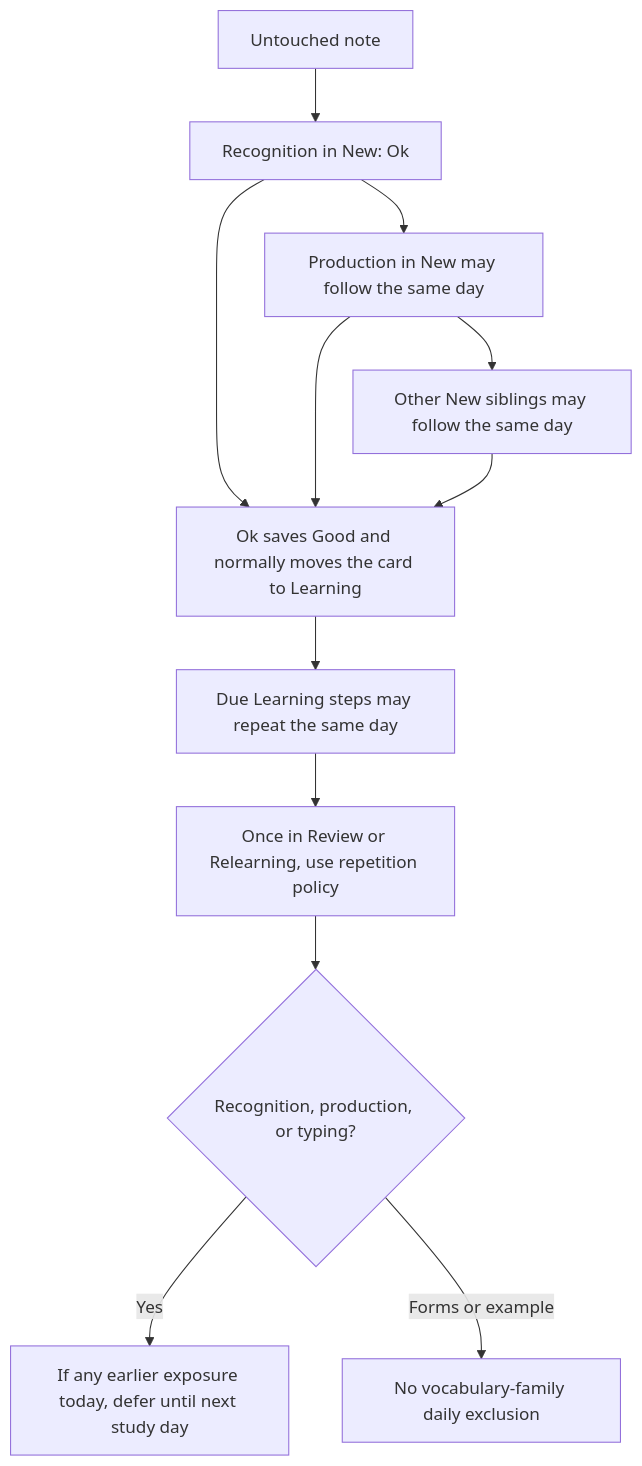
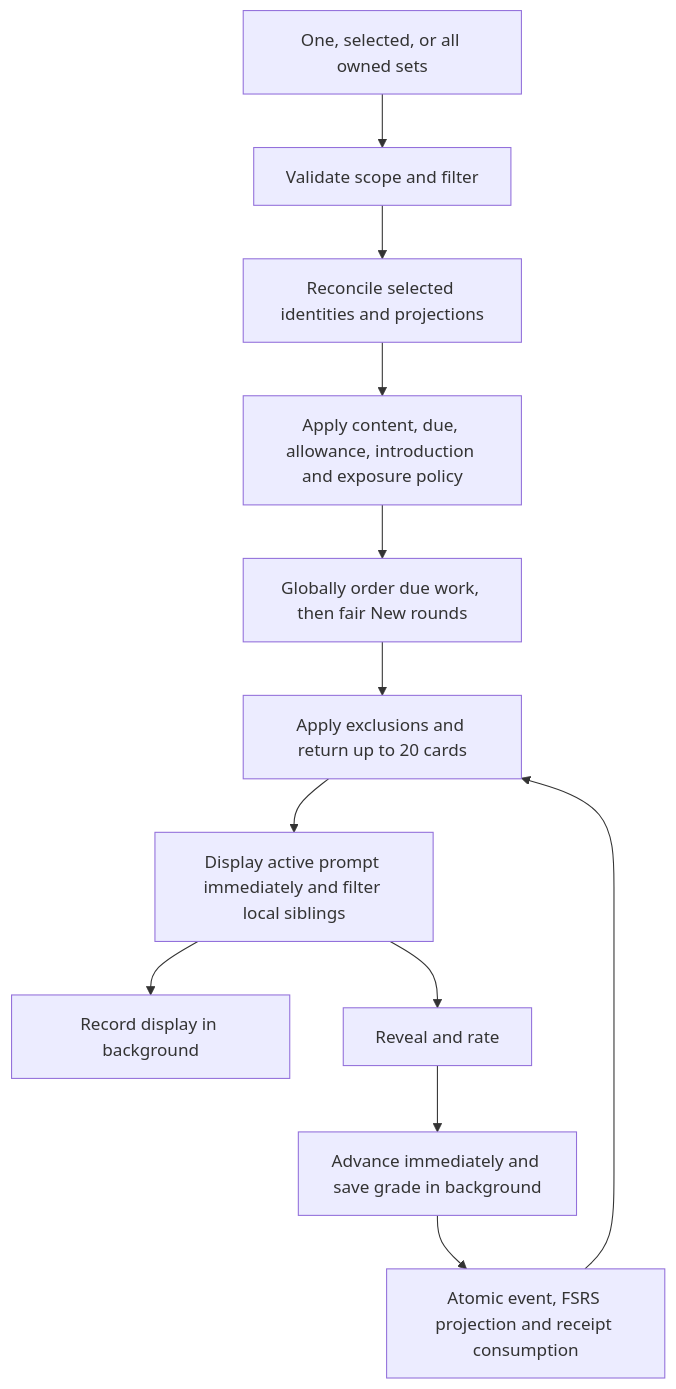
The diagram in docs/study-flow-revision-plan.md (denolia/gooseberry), drawn with Mermaid before and after one commit. The commit also changed other lines of this file and 31 other files, not shown here.

Commit message:
Add shared study scopes and due-only sessions

````diff
--- a/docs/study-flow-revision-plan.md
+++ b/docs/study-flow-revision-plan.md
@@ -225,14 +82,14 @@
 ```mermaid
 flowchart TD
-    A[Untouched note] --> B[Recognition in New: Ok]
-    B --> C[Production in New may follow the same day]
-    C --> D[Other New siblings may follow the same day]
-    B --> E[Ok saves Good and normally moves the card to Learning]
-    C --> E
-    D --> E
-    E --> F[Due Learning steps may repeat the same day]
-    F --> J[Once in Review or Relearning, use repetition policy]
-    J --> G{Recognition, production, or typing?}
-    G -->|Yes| H[If any earlier exposure today, defer until next study day]
-    G -->|Forms or example| I[No vocabulary-family daily exclusion]
+    A[One, selected, or all owned sets] --> B[Validate scope and filter]
+    B --> C[Reconcile selected identities and projections]
+    C --> D[Apply content, due, allowance, introduction and exposure policy]
+    D --> E[Globally order due work, then fair New rounds]
+    E --> F[Apply exclusions and return up to 20 cards]
+    F --> G[Display active prompt immediately and filter local siblings]
+    G --> H[Record display in background]
+    G --> I[Reveal and rate]
+    I --> J[Advance immediately and save grade in background]
+    J --> K[Atomic event, FSRS projection and receipt consumption]
+    K --> F
 ```
````
